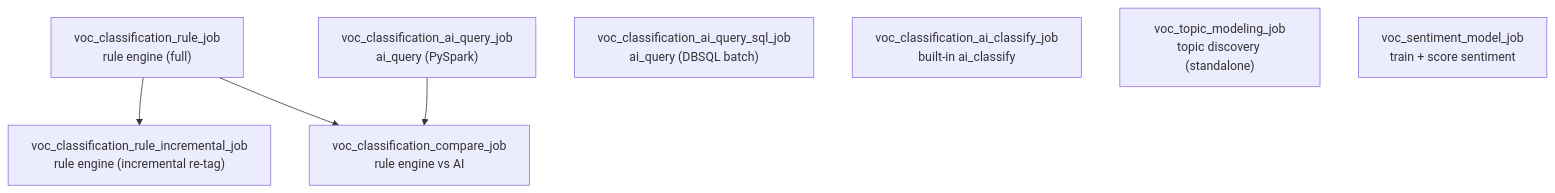
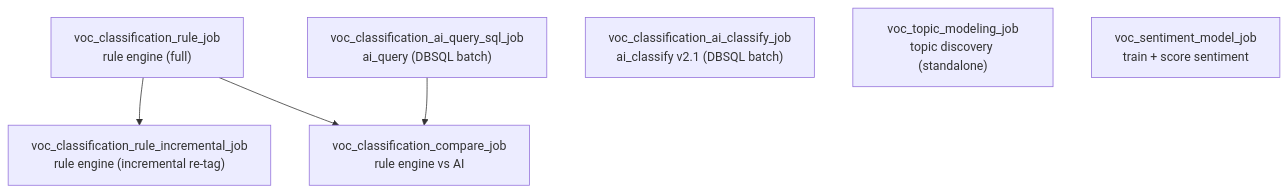
The second of 2 diagrams in README.md (dariakrasavina/GM_VOC), drawn with Mermaid before and after one commit. The commit also changed other lines of this file and 17 other files, not shown here.

````diff
--- a/README.md
+++ b/README.md
@@ -133,15 +134,14 @@
 ```mermaid
 flowchart TB
     RE["voc_classification_rule_job<br/>rule engine (full)"]
     INC["voc_classification_rule_incremental_job<br/>rule engine (incremental re-tag)"]
-    AIQ["voc_classification_ai_query_job<br/>ai_query (PySpark)"]
     AIS["voc_classification_ai_query_sql_job<br/>ai_query (DBSQL batch)"]
-    AIC["voc_classification_ai_classify_job<br/>built-in ai_classify"]
+    AIC["voc_classification_ai_classify_job<br/>ai_classify v2.1 (DBSQL batch)"]
     CMP["voc_classification_compare_job<br/>rule engine vs AI"]
     TM["voc_topic_modeling_job<br/>topic discovery (standalone)"]
     SENT["voc_sentiment_model_job<br/>train + score sentiment"]
 
     RE --> INC
     RE --> CMP
-    AIQ --> CMP
+    AIS --> CMP
 ```
````
